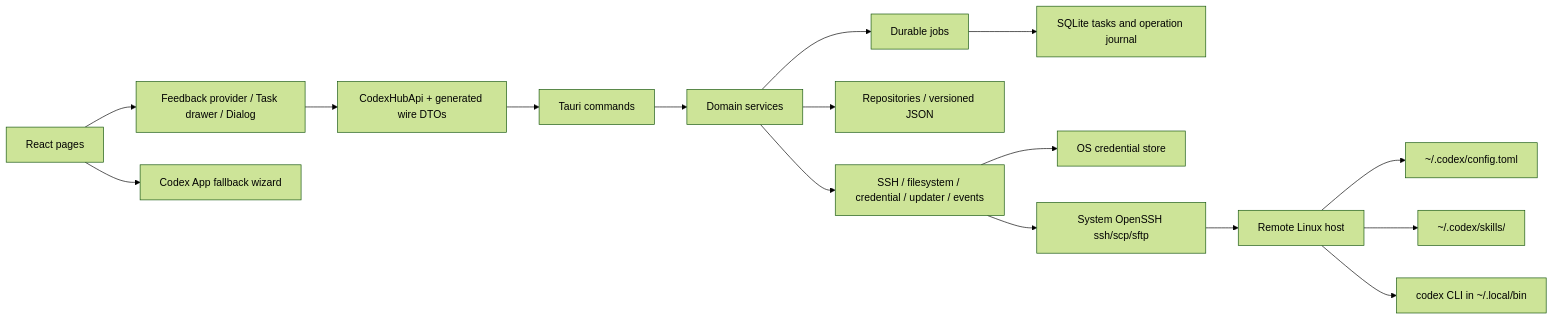
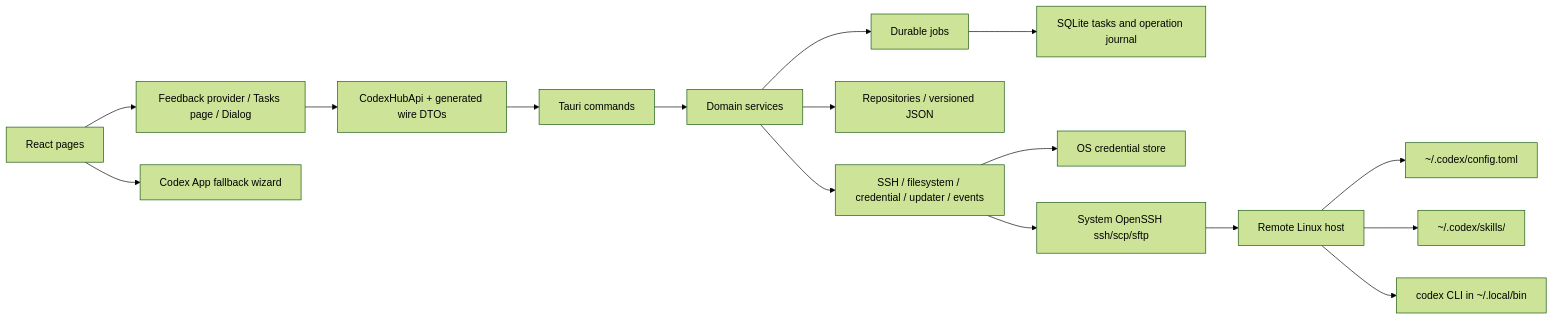
One commit to Jurio0304/CodexHub changed the diagram in docs/architecture.md. Above: the diagram before and after it, drawn with Mermaid (forest theme). The commit also changed other lines of this file and 38 other files, not shown here.

Commit message:
feat(app): refine feedback, storage, and task workflows

````diff
--- a/docs/architecture.md
+++ b/docs/architecture.md
@@ -19,18 +19,18 @@
 ```mermaid
 flowchart LR
-  UI["React pages"] --> Feedback["Feedback provider / Task drawer / Dialog"]
+  UI["React pages"] --> Feedback["Feedback provider / Tasks page / Dialog"]
   Feedback --> Tauri["CodexHubApi + generated wire DTOs"]
   Tauri --> Commands["Tauri commands"]
   Commands --> Services["Domain services"]
   Services --> Jobs["Durable jobs"]
   Services --> Storage["Repositories / versioned JSON"]
   Jobs --> SQLite["SQLite tasks and operation journal"]
   Services --> Adapters["SSH / filesystem / credential / updater / events"]
   Adapters --> Creds["OS credential store"]
   Adapters --> OpenSSH["System OpenSSH ssh/scp/sftp"]
   OpenSSH --> Remote["Remote Linux host"]
   Remote --> Config["~/.codex/config.toml"]
   Remote --> Skills["~/.codex/skills/"]
   Remote --> CodexCli["codex CLI in ~/.local/bin"]
   UI --> Fallback["Codex App fallback wizard"]
 ```
````
